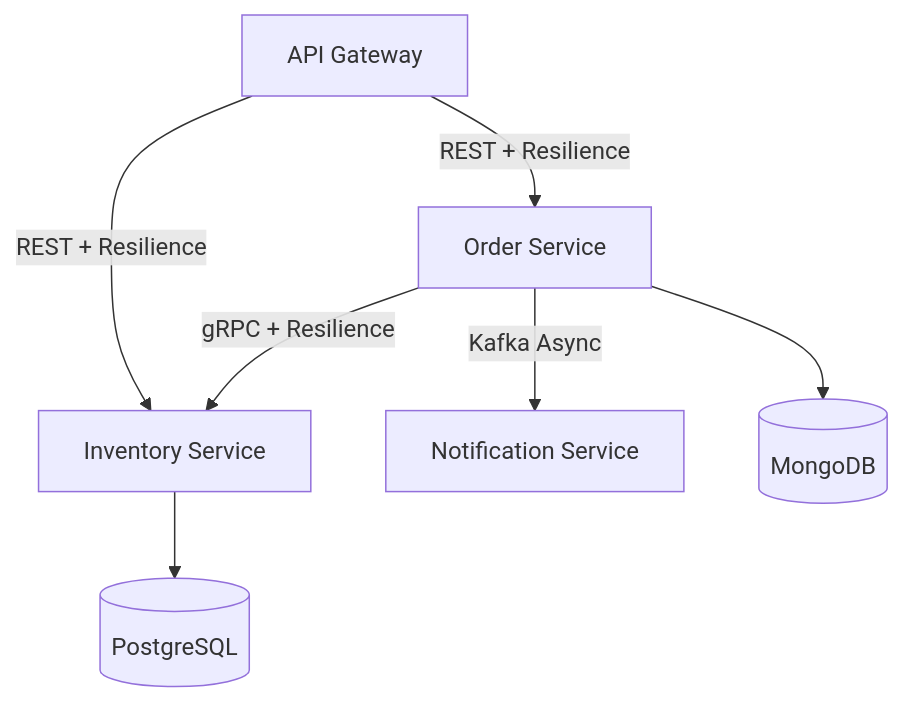
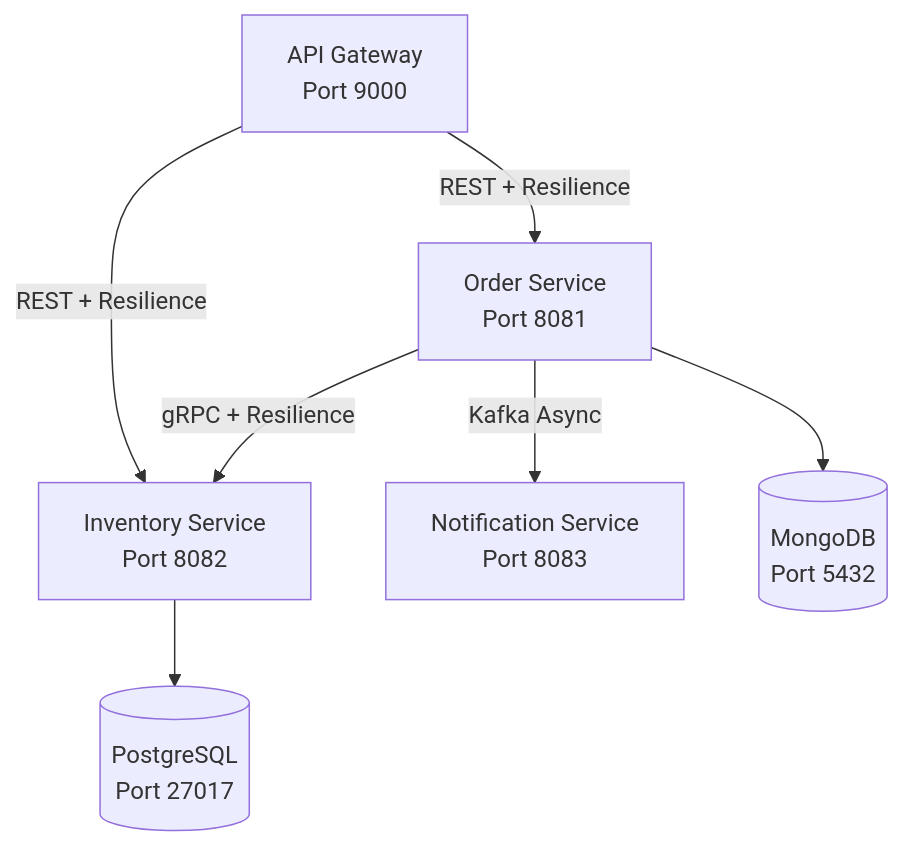
The diagram in lab4/readme.md (zeli8888/COMP41720-Distributed-Systems), drawn with Mermaid before and after one commit. The commit also changed 4 other files, not shown here.

````diff
--- a/lab4/readme.md
+++ b/lab4/readme.md
@@ -5,10 +5,10 @@
 ```mermaid
 graph TB
-    AG[API Gateway] -->|REST + Resilience| OS[Order Service]
-    AG[API Gateway] -->|REST + Resilience| IS[Inventory Service]
-    OS -->|gRPC + Resilience| IS[Inventory Service]
-    OS -->|Kafka Async| NS[Notification Service]
+    AG[API Gateway<br/>Port 9000] -->|REST + Resilience| OS[Order Service<br/>Port 8081]
+    AG[API Gateway<br/>Port 9000] -->|REST + Resilience| IS[Inventory Service<br/>Port 8082]
+    OS -->|gRPC + Resilience| IS[Inventory Service<br/>Port 8082]
+    OS -->|Kafka Async| NS[Notification Service<br/>Port 8083]
     
-    OS --> MD[(MongoDB)]
-    IS --> PD[(PostgreSQL)]
+    OS --> MD[(MongoDB<br/>Port 5432)]
+    IS --> PD[(PostgreSQL<br/>Port 27017)]
 ```
````
